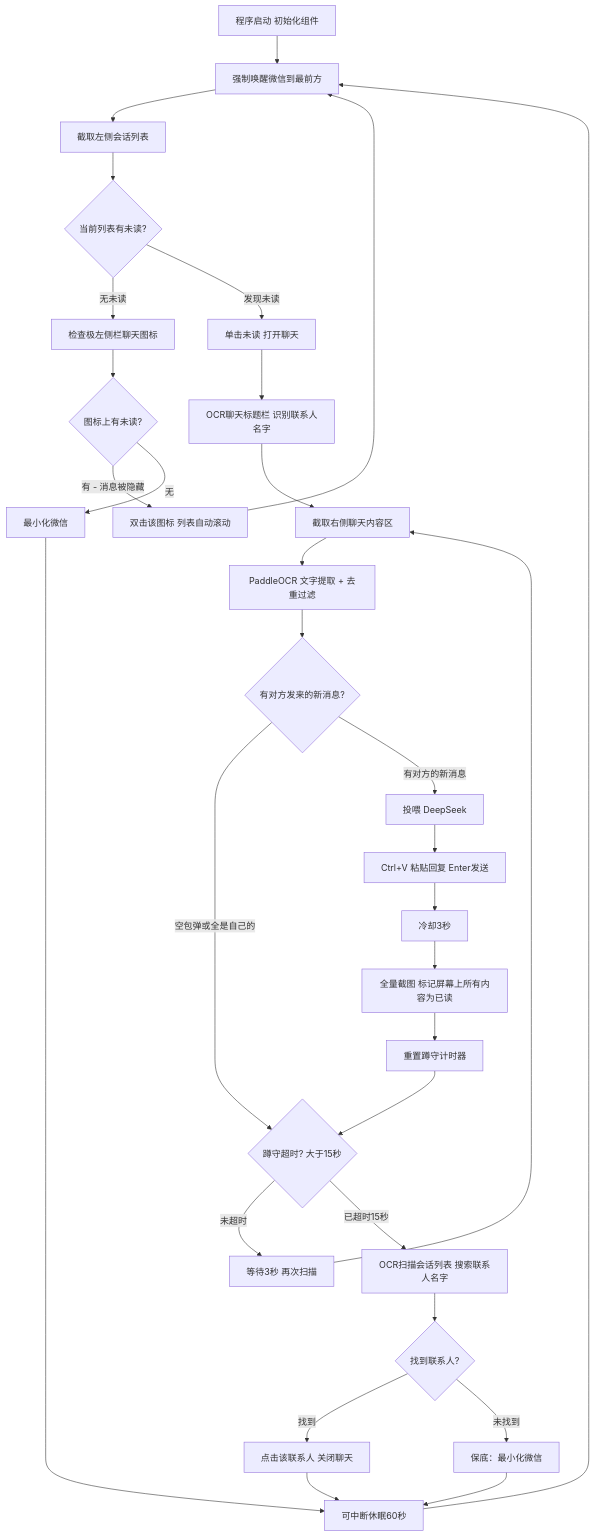
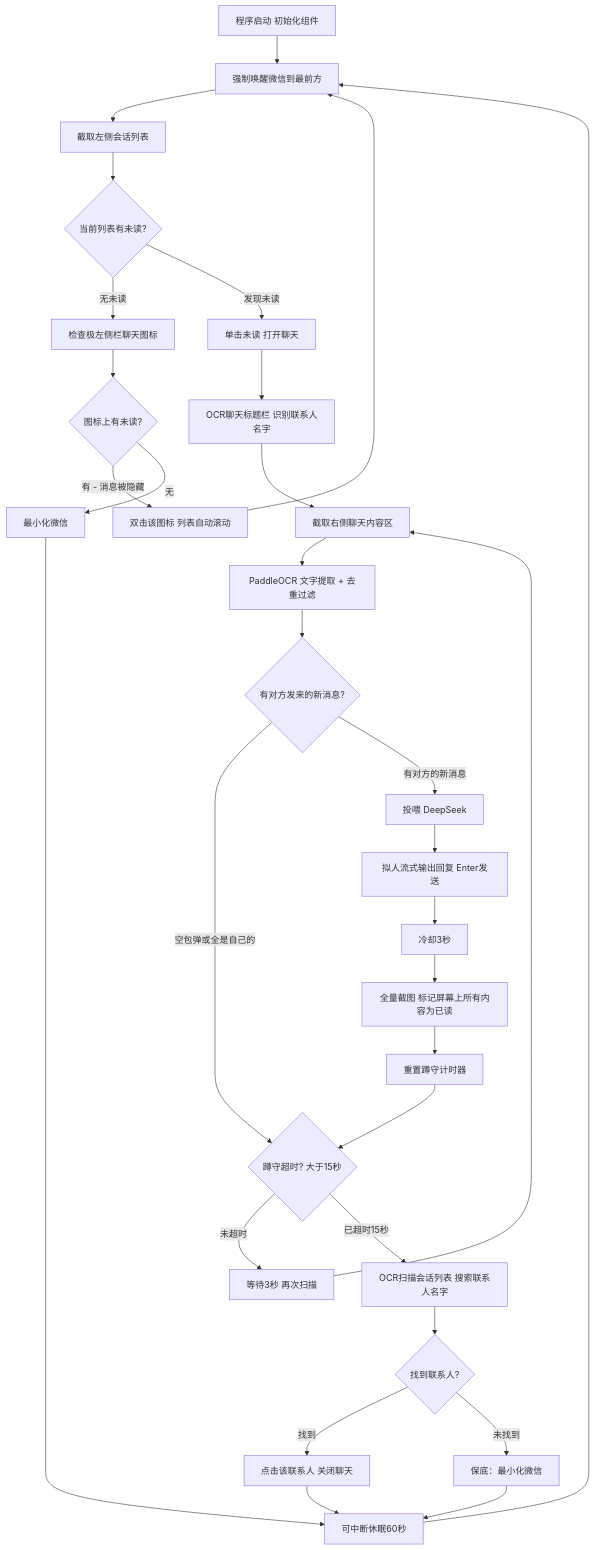
One commit to ymasout/WeChat_GUI_Agent changed the first of 3 diagrams in ARCHITECTURE.md. Above: the diagram before and after it, drawn with Mermaid. The commit also changed other lines of this file and 5 other files, not shown here.

````diff
--- a/ARCHITECTURE.md
+++ b/ARCHITECTURE.md
@@ -47,40 +49,40 @@
 ```mermaid
 flowchart TD
     A["程序启动 初始化组件"] --> B["强制唤醒微信到最前方"]
     B --> C["截取左侧会话列表"]
     C --> D{"当前列表有未读?"}
     
     D -->|无未读| E1["检查极左侧栏聊天图标"]
     E1 --> E2{"图标上有未读?"}
     E2 -->|有 - 消息被隐藏| E3["双击该图标 列表自动滚动"]
     E3 --> B
     E2 -->|无| E4["最小化微信"]
     E4 --> F["可中断休眠60秒"]
     F --> B
     
     D -->|发现未读| G["单击未读 打开聊天"]
     G --> H["OCR聊天标题栏 识别联系人名字"]
     H --> I["截取右侧聊天内容区"]
     I --> J["PaddleOCR 文字提取 + 去重过滤"]
     J --> K{"有对方发来的新消息?"}
     
     K -->|空包弹或全是自己的| L
     
     K -->|有对方的新消息| M["投喂 DeepSeek"]
-    M --> N["Ctrl+V 粘贴回复 Enter发送"]
+    M --> N["拟人流式输出回复 Enter发送"]
     N --> O["冷却3秒"]
     O --> P["全量截图 标记屏幕上所有内容为已读"]
     P --> Q["重置蹲守计时器"]
     Q --> L
 
     L{"蹲守超时? 大于15秒"}
     L -->|未超时| R["等待3秒 再次扫描"]
     R --> I
     
     L -->|已超时15秒| S["OCR扫描会话列表 搜索联系人名字"]
     S --> T{"找到联系人?"}
     T -->|找到| U["点击该联系人 关闭聊天"]
     T -->|未找到| V["保底：最小化微信"]
     U --> F
     V --> F
 ```
````
